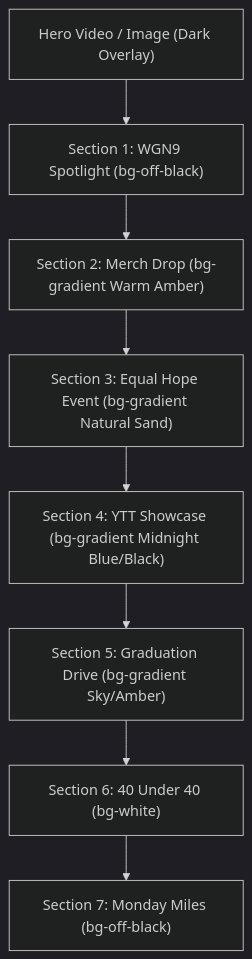
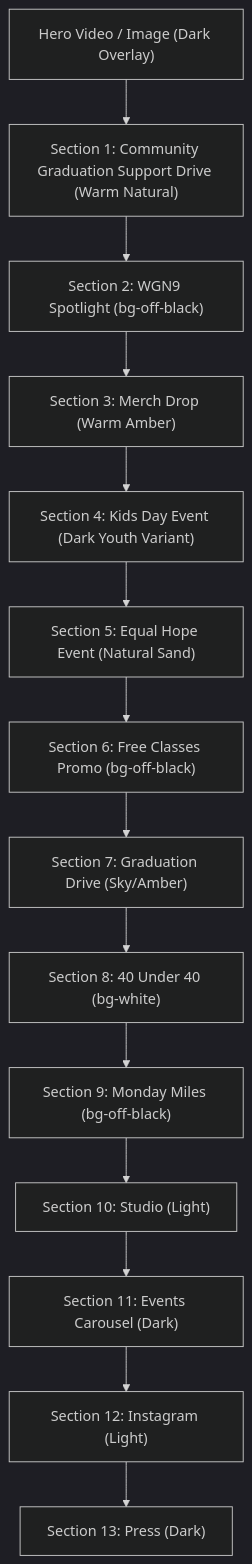
One commit to awaisqazi/latinasweatproject changed the first of 3 diagrams in design.md. Above: the diagram before and after it, drawn with Mermaid (dark theme). The commit also changed other lines of this file and 7 other files, not shown here.

Commit message:
Add Kids Day event and local dashboard setup

````diff
--- a/design.md
+++ b/design.md
@@ -33,10 +34,16 @@
 ```mermaid
 graph TD
-    Hero["Hero Video / Image (Dark Overlay)"] --> Sec1["Section 1: WGN9 Spotlight (bg-off-black)"]
-    Sec1 --> Sec2["Section 2: Merch Drop (bg-gradient Warm Amber)"]
-    Sec2 --> Sec3["Section 3: Equal Hope Event (bg-gradient Natural Sand)"]
-    Sec3 --> Sec4["Section 4: YTT Showcase (bg-gradient Midnight Blue/Black)"]
-    Sec4 --> Sec5["Section 5: Graduation Drive (bg-gradient Sky/Amber)"]
-    Sec5 --> Sec6["Section 6: 40 Under 40 (bg-white)"]
-    Sec6 --> Sec7["Section 7: Monday Miles (bg-off-black)"]
+    Hero["Hero Video / Image (Dark Overlay)"] --> Sec1["Section 1: Community Graduation Support Drive (Warm Natural)"]
+    Sec1 --> Sec2["Section 2: WGN9 Spotlight (bg-off-black)"]
+    Sec2 --> Sec3["Section 3: Merch Drop (Warm Amber)"]
+    Sec3 --> Sec4["Section 4: Kids Day Event (Dark Youth Variant)"]
+    Sec4 --> Sec5["Section 5: Equal Hope Event (Natural Sand)"]
+    Sec5 --> Sec6["Section 6: Free Classes Promo (bg-off-black)"]
+    Sec6 --> Sec7["Section 7: Graduation Drive (Sky/Amber)"]
+    Sec7 --> Sec8["Section 8: 40 Under 40 (bg-white)"]
+    Sec8 --> Sec9["Section 9: Monday Miles (bg-off-black)"]
+    Sec9 --> Sec10["Section 10: Studio (Light)"]
+    Sec10 --> Sec11["Section 11: Events Carousel (Dark)"]
+    Sec11 --> Sec12["Section 12: Instagram (Light)"]
+    Sec12 --> Sec13["Section 13: Press (Dark)"]
 ```
````
